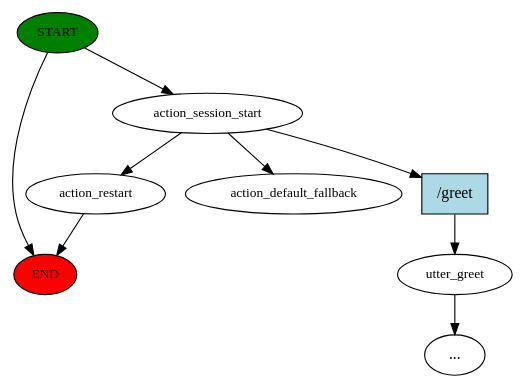
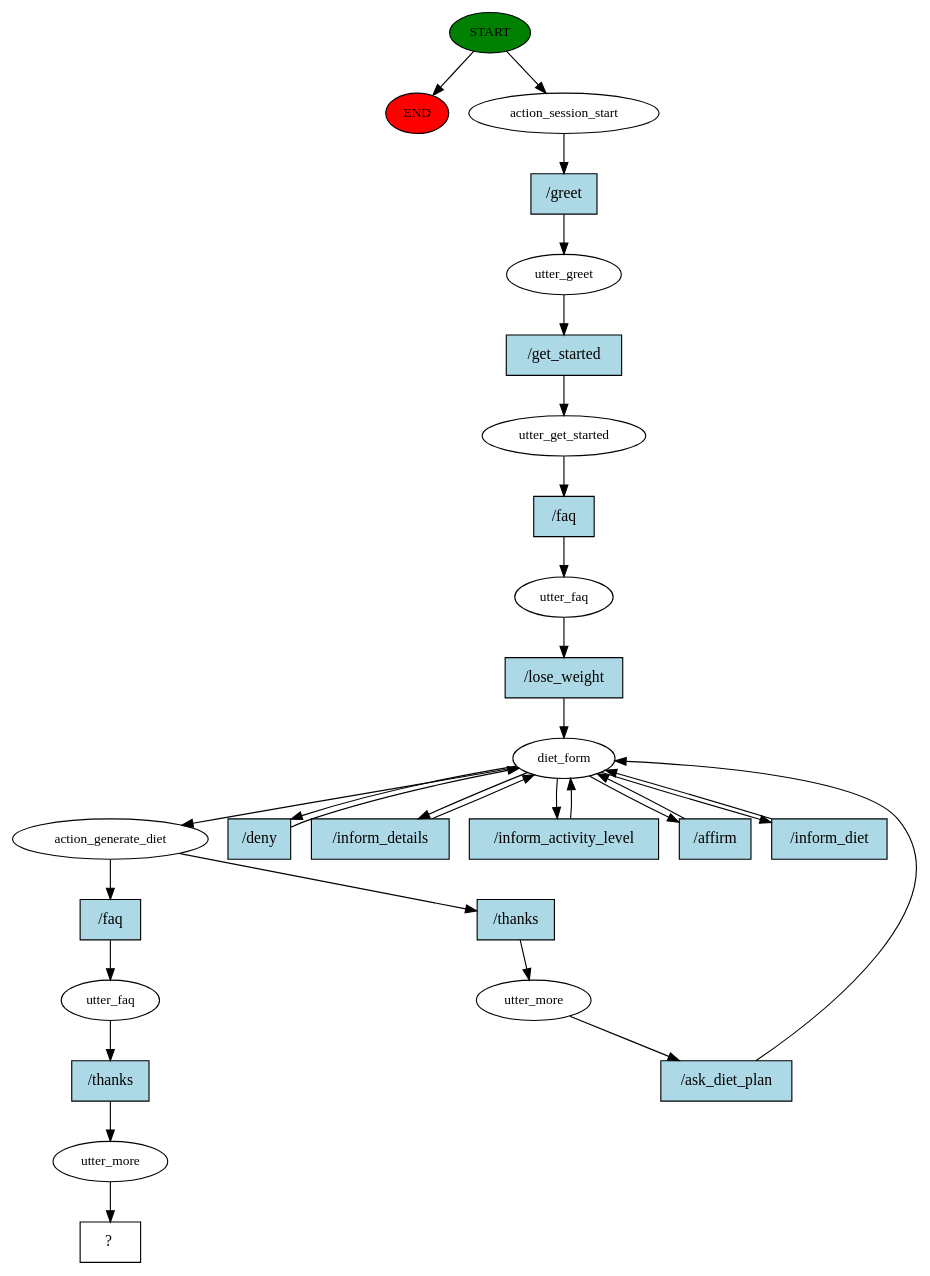
Before and after one commit to v-rowjee/Chatbot-Engine: the diagram in story_graph.dot, drawn with Graphviz. The commit also changed 8 other files, not shown here.

```diff
--- a/story_graph.dot
+++ b/story_graph.dot
@@ -1,18 +1,57 @@
 digraph  {
 0 [class="start active", fillcolor=green, fontsize=12, label=START, style=filled];
 "-1" [class=end, fillcolor=red, fontsize=12, label=END, style=filled];
 1 [class=active, fontsize=12, label=action_session_start];
-2 [class="", fontsize=12, label=utter_greet];
-"-3" [class=ellipsis, label="..."];
-4 [class="", fontsize=12, label=action_restart];
-6 [class="dashed active", fontsize=12, label=action_default_fallback];
-7 [class=intent, fillcolor=lightblue, label="/greet", shape=rect, style=filled];
+2 [class=active, fontsize=12, label=utter_greet];
+3 [class=active, fontsize=12, label=utter_get_started];
+4 [class=active, fontsize=12, label=utter_faq];
+5 [class=active, fontsize=12, label=diet_form];
+10 [class=active, fontsize=12, label=action_generate_diet];
+11 [class=active, fontsize=12, label=utter_more];
+16 [class=active, fontsize=12, label=utter_faq];
+17 [class=active, fontsize=12, label=utter_more];
+18 [class="intent dashed active", label="  ?  ", shape=rect];
+19 [class="intent active", fillcolor=lightblue, label="/greet", shape=rect, style=filled];
+20 [class="intent active", fillcolor=lightblue, label="/get_started", shape=rect, style=filled];
+21 [class="intent active", fillcolor=lightblue, label="/faq", shape=rect, style=filled];
+22 [class="intent active", fillcolor=lightblue, label="/lose_weight", shape=rect, style=filled];
+23 [class="intent active", fillcolor=lightblue, label="/deny", shape=rect, style=filled];
+24 [class="intent active", fillcolor=lightblue, label="/inform_details", shape=rect, style=filled];
+25 [class="intent active", fillcolor=lightblue, label="/inform_activity_level", shape=rect, style=filled];
+26 [class="intent active", fillcolor=lightblue, label="/affirm", shape=rect, style=filled];
+27 [class="intent active", fillcolor=lightblue, label="/inform_diet", shape=rect, style=filled];
+28 [class="intent active", fillcolor=lightblue, label="/thanks", shape=rect, style=filled];
+29 [class="intent active", fillcolor=lightblue, label="/faq", shape=rect, style=filled];
+30 [class="intent active", fillcolor=lightblue, label="/ask_diet_plan", shape=rect, style=filled];
+31 [class="intent active", fillcolor=lightblue, label="/thanks", shape=rect, style=filled];
 0 -> "-1"  [class="", key=NONE, label=""];
 0 -> 1  [class=active, key=NONE, label=""];
-1 -> 4  [class="", key=NONE, label=""];
-1 -> 6  [class=active, key=NONE, label=""];
-1 -> 7  [class="", key=0];
-2 -> "-3"  [class="", key=NONE, label=""];
-4 -> "-1"  [class="", key=NONE, label=""];
-7 -> 2  [class="", key=0];
+1 -> 19  [class=active, key=0];
+2 -> 20  [class=active, key=0];
+3 -> 21  [class=active, key=0];
+4 -> 22  [class=active, key=0];
+5 -> 10  [class=active, key=NONE, label=""];
+5 -> 23  [class=active, key=0];
+5 -> 24  [class=active, key=0];
+5 -> 25  [class=active, key=0];
+5 -> 26  [class=active, key=0];
+5 -> 27  [class=active, key=0];
+10 -> 28  [class=active, key=0];
+10 -> 29  [class=active, key=0];
+11 -> 30  [class=active, key=0];
+16 -> 31  [class=active, key=0];
+17 -> 18  [class=active, key=NONE, label=""];
+19 -> 2  [class=active, key=0];
+20 -> 3  [class=active, key=0];
+21 -> 4  [class=active, key=0];
+22 -> 5  [class=active, key=0];
+23 -> 5  [class=active, key=0];
+24 -> 5  [class=active, key=0];
+25 -> 5  [class=active, key=0];
+26 -> 5  [class=active, key=0];
+27 -> 5  [class=active, key=0];
+28 -> 11  [class=active, key=0];
+29 -> 16  [class=active, key=0];
+30 -> 5  [class=active, key=0];
+31 -> 17  [class=active, key=0];
 }
```
